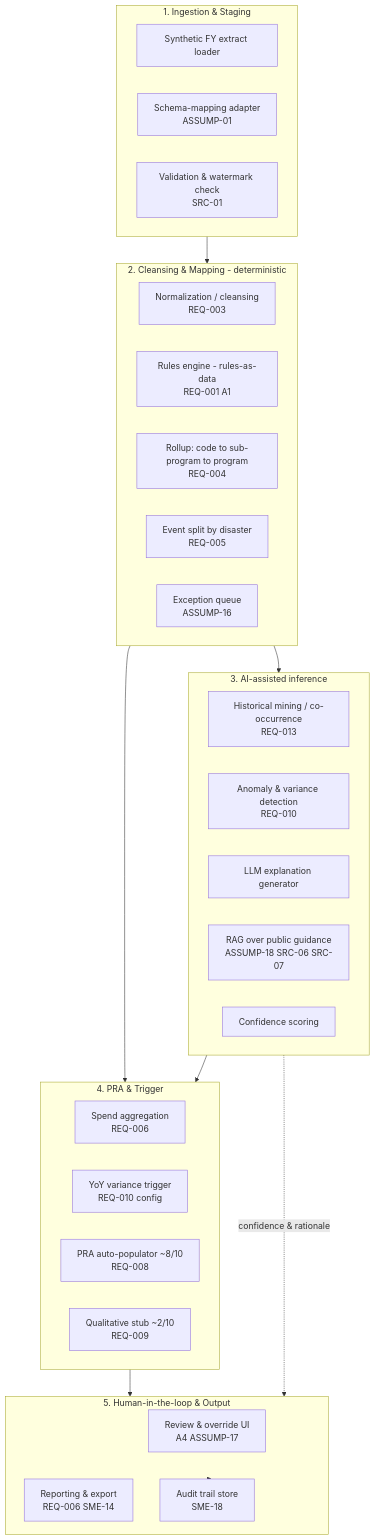
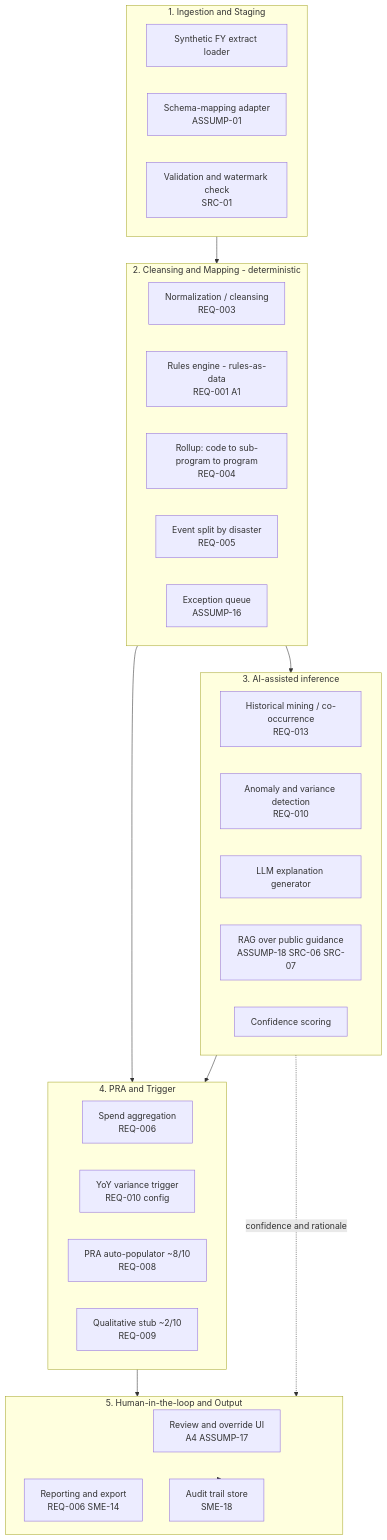
One commit to seanyofthedead/fema-id changed the first of 5 diagrams in solution-design/fema-program-id-risk-assessment/06-solution-architecture.md. Above: the diagram before and after it, drawn with Mermaid. The commit also changed other lines of this file and 6 other files, not shown here.

````diff
--- a/solution-design/fema-program-id-risk-assessment/06-solution-architecture.md
+++ b/solution-design/fema-program-id-risk-assessment/06-solution-architecture.md
@@ -26,41 +26,41 @@
 ```mermaid
 flowchart TB
-    subgraph Ingestion["1. Ingestion & Staging"]
+    subgraph Ingestion["1. Ingestion and Staging"]
         I1[Synthetic FY extract loader]
         I2[Schema-mapping adapter<br/>ASSUMP-01]
-        I3[Validation & watermark check<br/>SRC-01]
+        I3[Validation and watermark check<br/>SRC-01]
     end
-    subgraph Transform["2. Cleansing & Mapping - deterministic"]
+    subgraph Transform["2. Cleansing and Mapping - deterministic"]
         T1[Normalization / cleansing<br/>REQ-003]
         T2[Rules engine - rules-as-data<br/>REQ-001 A1]
         T3[Rollup: code to sub-program to program<br/>REQ-004]
         T4[Event split by disaster<br/>REQ-005]
         T5[Exception queue<br/>ASSUMP-16]
     end
     subgraph Intelligence["3. AI-assisted inference"]
         M1[Historical mining / co-occurrence<br/>REQ-013]
-        M2[Anomaly & variance detection<br/>REQ-010]
+        M2[Anomaly and variance detection<br/>REQ-010]
         M3[LLM explanation generator]
         M4[RAG over public guidance<br/>ASSUMP-18 SRC-06 SRC-07]
         M5[Confidence scoring]
     end
-    subgraph Assessment["4. PRA & Trigger"]
+    subgraph Assessment["4. PRA and Trigger"]
         P1[Spend aggregation<br/>REQ-006]
         P2[YoY variance trigger<br/>REQ-010 config]
         P3[PRA auto-populator ~8/10<br/>REQ-008]
         P4[Qualitative stub ~2/10<br/>REQ-009]
     end
-    subgraph Review["5. Human-in-the-loop & Output"]
-        R1[Review & override UI<br/>A4 ASSUMP-17]
-        R2[Reporting & export<br/>REQ-006 SME-14]
+    subgraph Review["5. Human-in-the-loop and Output"]
+        R1[Review and override UI<br/>A4 ASSUMP-17]
+        R2[Reporting and export<br/>REQ-006 SME-14]
         R3[Audit trail store<br/>SME-18]
     end
 
     Ingestion --> Transform
     Transform --> Intelligence
     Transform --> Assessment
     Intelligence --> Assessment
     Assessment --> Review
-    Intelligence -.confidence & rationale.-> Review
+    Intelligence -.confidence and rationale.-> Review
     Review --> R3
 ```
````
